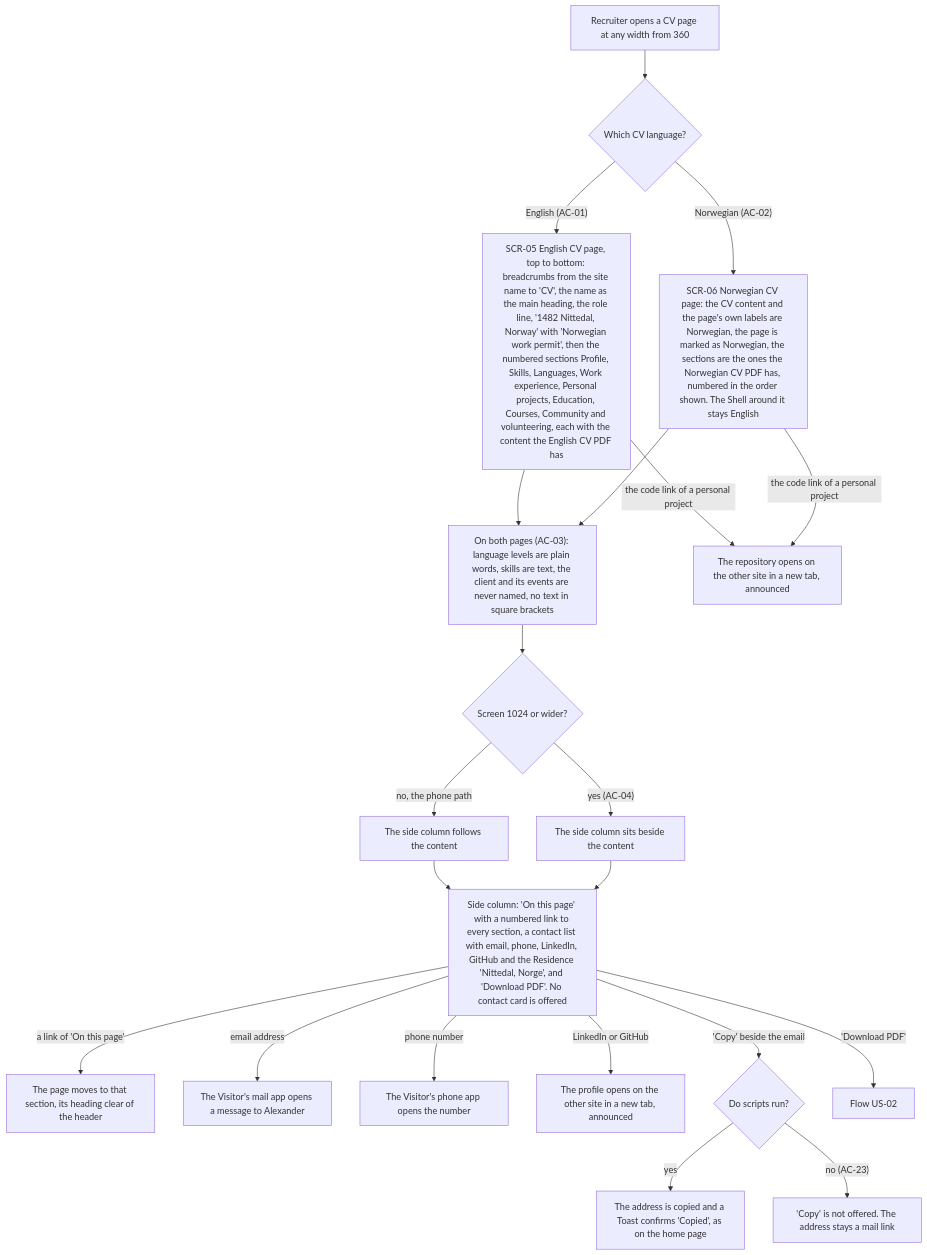
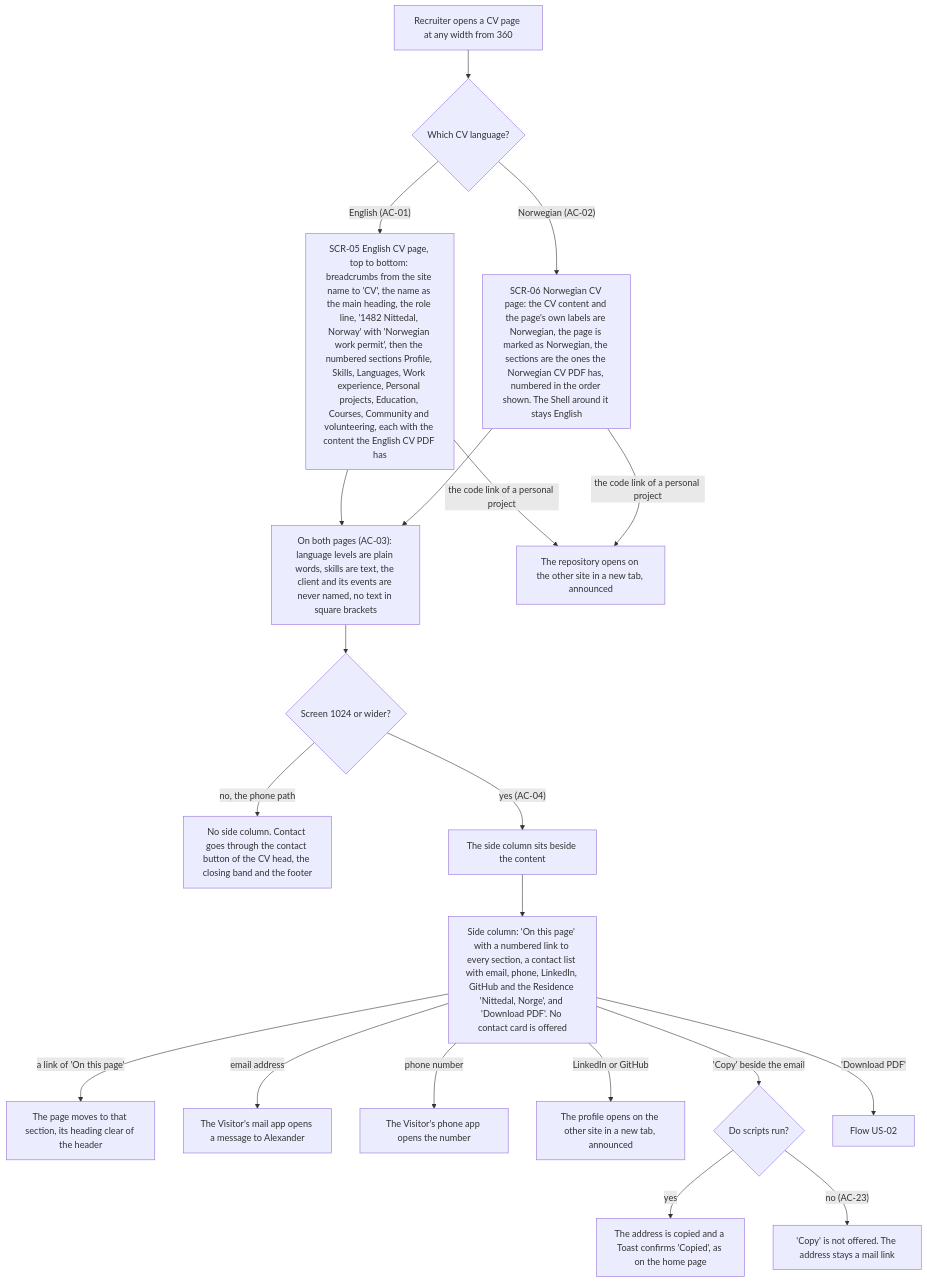
One commit to Ponomaleks/alpon.dev changed the first of 11 diagrams in docs/features/cv/ux-flows.md. Above: the diagram before and after it, drawn with Mermaid. The commit also changed other lines of this file and 4 other files, not shown here.

````diff
--- a/docs/features/cv/ux-flows.md
+++ b/docs/features/cv/ux-flows.md
@@ -52,23 +52,22 @@
 ```mermaid
 flowchart TD
     A["Recruiter opens a CV page at any width from 360"] --> L{"Which CV language?"}
     L -->|"English (AC-01)"| E["SCR-05 English CV page, top to bottom: breadcrumbs from the site name to 'CV', the name as the main heading, the role line, '1482 Nittedal, Norway' with 'Norwegian work permit', then the numbered sections Profile, Skills, Languages, Work experience, Personal projects, Education, Courses, Community and volunteering, each with the content the English CV PDF has"]
     L -->|"Norwegian (AC-02)"| N["SCR-06 Norwegian CV page: the CV content and the page's own labels are Norwegian, the page is marked as Norwegian, the sections are the ones the Norwegian CV PDF has, numbered in the order shown. The Shell around it stays English"]
     E --> I["On both pages (AC-03): language levels are plain words, skills are text, the client and its events are never named, no text in square brackets"]
     N --> I
     I --> W{"Screen 1024 or wider?"}
-    W -->|"no, the phone path"| W1["The side column follows the content"]
+    W -->|"no, the phone path"| W1["No side column. Contact goes through the contact button of the CV head, the closing band and the footer"]
     W -->|"yes (AC-04)"| W2["The side column sits beside the content"]
-    W1 --> C["Side column: 'On this page' with a numbered link to every section, a contact list with email, phone, LinkedIn, GitHub and the Residence 'Nittedal, Norge', and 'Download PDF'. No contact card is offered"]
-    W2 --> C
+    W2 --> C["Side column: 'On this page' with a numbered link to every section, a contact list with email, phone, LinkedIn, GitHub and the Residence 'Nittedal, Norge', and 'Download PDF'. No contact card is offered"]
     C -->|"a link of 'On this page'"| S["The page moves to that section, its heading clear of the header"]
     C -->|"email address"| M1["The Visitor's mail app opens a message to Alexander"]
     C -->|"phone number"| M2["The Visitor's phone app opens the number"]
     C -->|"LinkedIn or GitHub"| M3["The profile opens on the other site in a new tab, announced"]
     C -->|"'Copy' beside the email"| K{"Do scripts run?"}
     K -->|"yes"| K1["The address is copied and a Toast confirms 'Copied', as on the home page"]
     K -->|"no (AC-23)"| K2["'Copy' is not offered. The address stays a mail link"]
     C -->|"'Download PDF'"| D["Flow US-02"]
     E -->|"the code link of a personal project"| M4["The repository opens on the other site in a new tab, announced"]
     N -->|"the code link of a personal project"| M4
 ```
````
